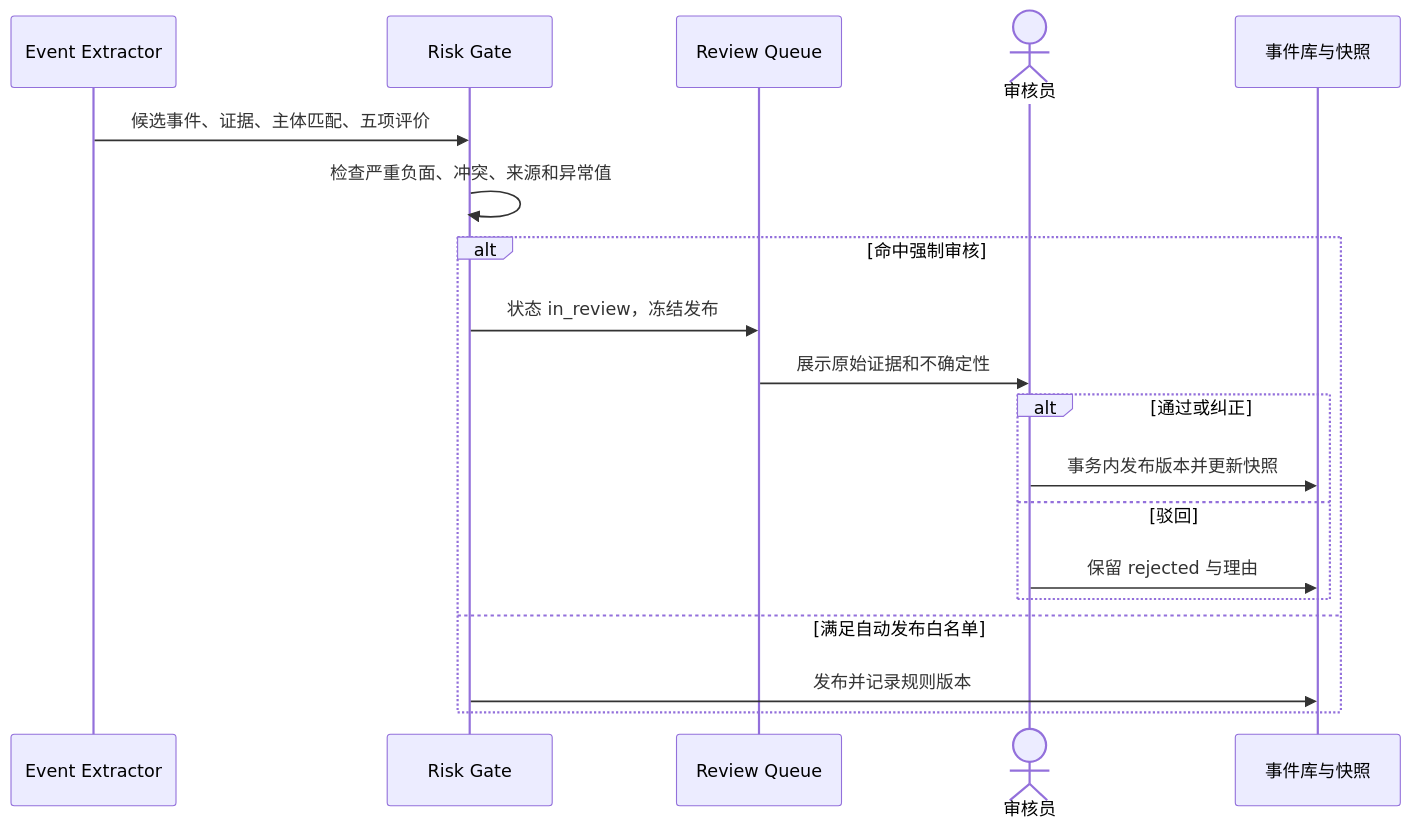
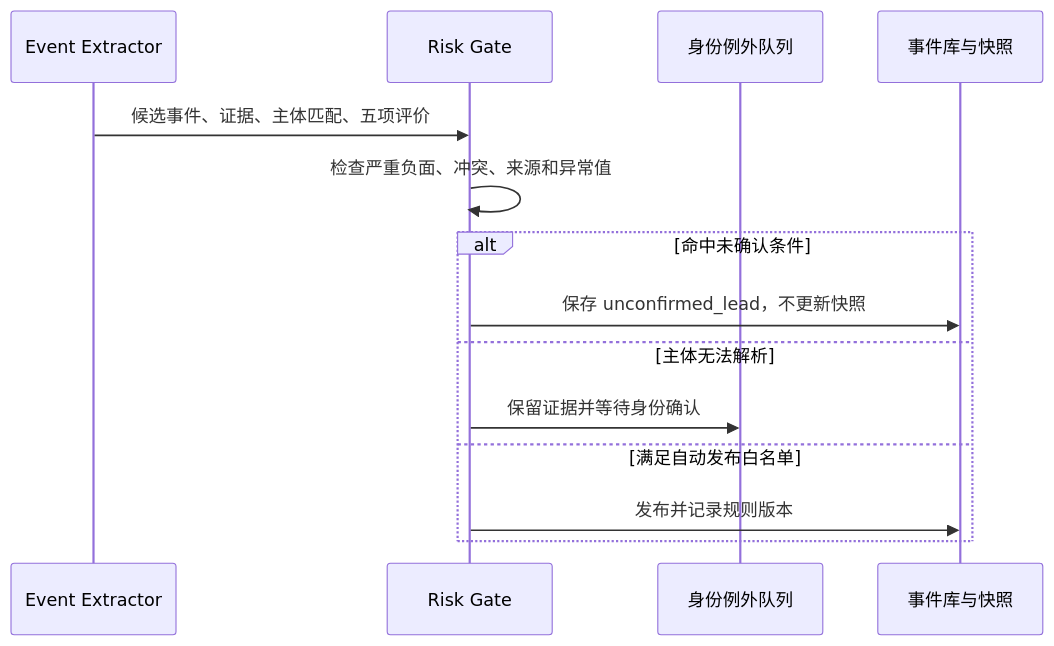
One commit to daiphoon/dealflow-radar changed the diagram in docs/04-event-taxonomy.md. Above: the diagram before and after it, drawn with Mermaid. The commit also changed other lines of this file and 32 other files, not shown here.

````diff
--- a/docs/04-event-taxonomy.md
+++ b/docs/04-event-taxonomy.md
@@ -62,21 +62,16 @@
 ```mermaid
 sequenceDiagram
   participant X as Event Extractor
   participant G as Risk Gate
-  participant Q as Review Queue
-  actor H as 审核员
+  participant Q as 身份例外队列
   participant D as 事件库与快照
   X->>G: 候选事件、证据、主体匹配、五项评价
   G->>G: 检查严重负面、冲突、来源和异常值
-  alt 命中强制审核
-    G->>Q: 状态 in_review，冻结发布
-    Q->>H: 展示原始证据和不确定性
-    alt 通过或纠正
-      H->>D: 事务内发布版本并更新快照
-    else 驳回
-      H->>D: 保留 rejected 与理由
-    end
+  alt 命中未确认条件
+    G->>D: 保存 unconfirmed_lead，不更新快照
+  else 主体无法解析
+    G->>Q: 保留证据并等待身份确认
   else 满足自动发布白名单
     G->>D: 发布并记录规则版本
   end
 ```
````
